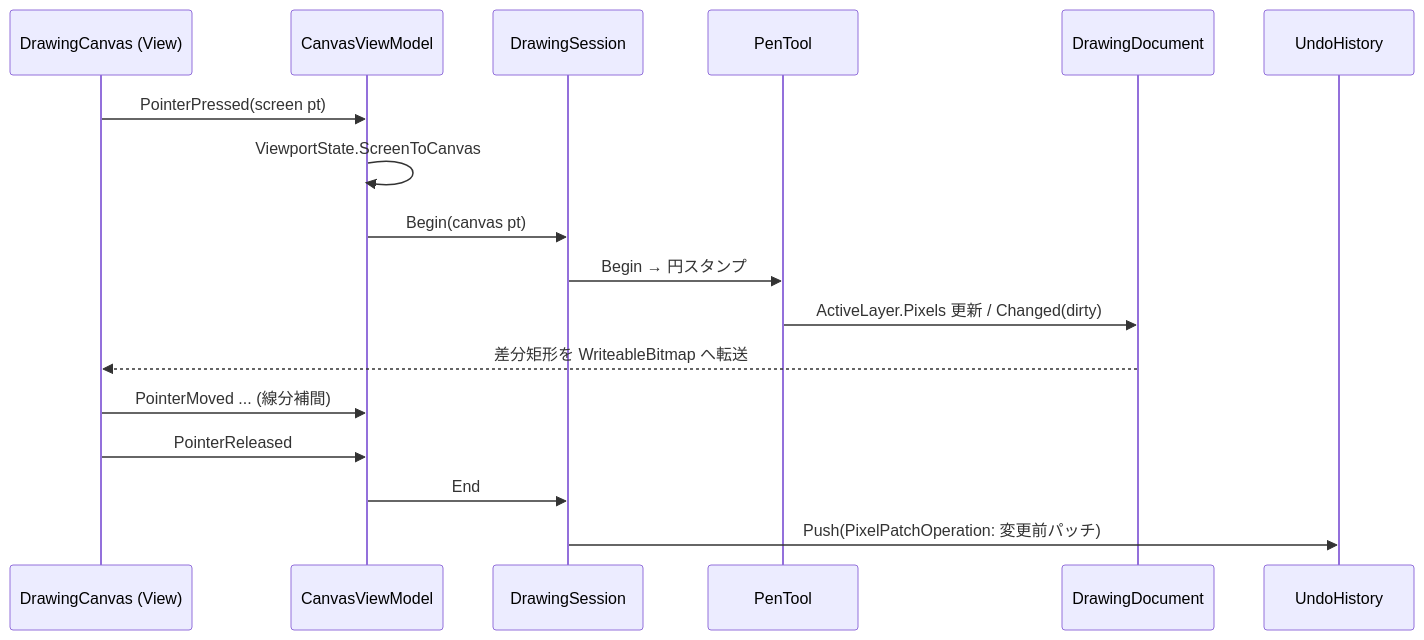
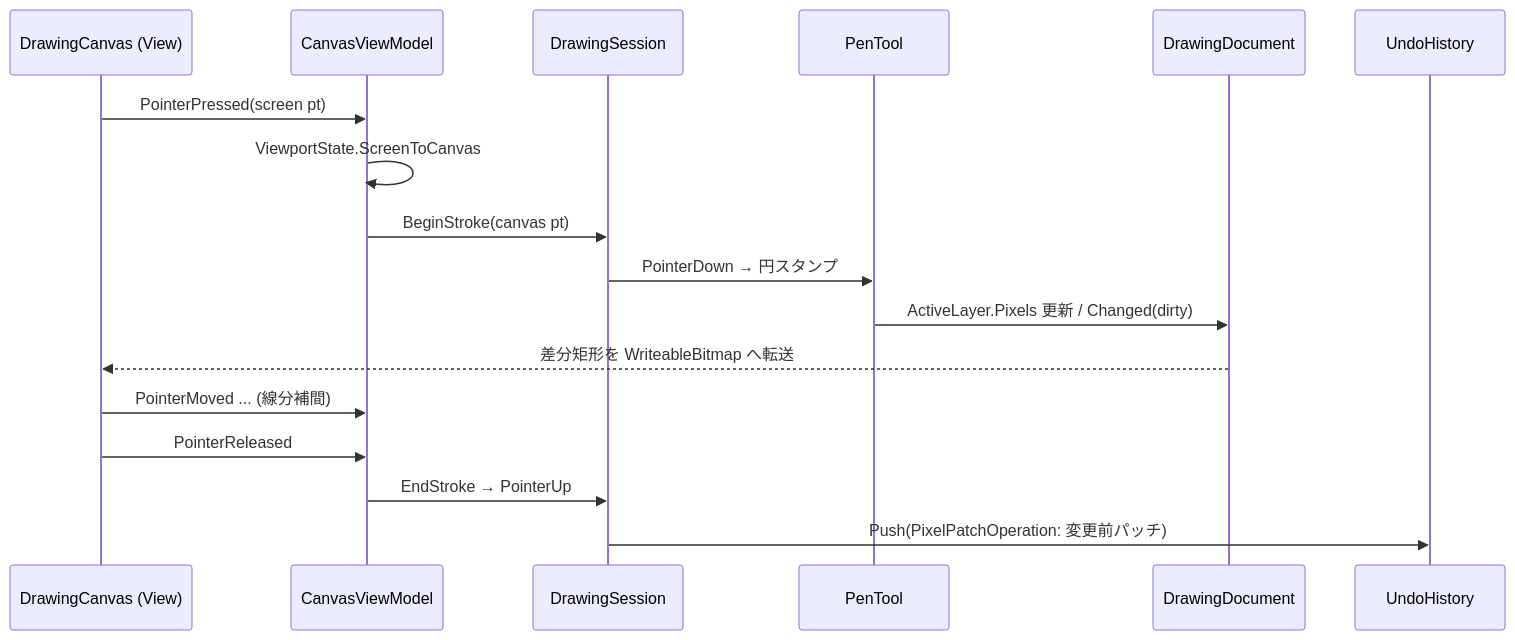
One commit to JetContrail/2026_devin_test_with_windows_GUI changed the third of 4 diagrams in docs/Architecture.md. Above: the diagram before and after it, drawn with Mermaid. The commit also changed other lines of this file and 10 other files, not shown here.

````diff
--- a/docs/Architecture.md
+++ b/docs/Architecture.md
@@ -152,19 +155,19 @@
 ```mermaid
 sequenceDiagram
     participant V as DrawingCanvas (View)
     participant VM as CanvasViewModel
     participant S as DrawingSession
     participant T as PenTool
     participant D as DrawingDocument
     participant H as UndoHistory
     V->>VM: PointerPressed(screen pt)
     VM->>VM: ViewportState.ScreenToCanvas
-    VM->>S: Begin(canvas pt)
-    S->>T: Begin → 円スタンプ
+    VM->>S: BeginStroke(canvas pt)
+    S->>T: PointerDown → 円スタンプ
     T->>D: ActiveLayer.Pixels 更新 / Changed(dirty)
     D-->>V: 差分矩形を WriteableBitmap へ転送
     V->>VM: PointerMoved ... (線分補間)
     V->>VM: PointerReleased
-    VM->>S: End
+    VM->>S: EndStroke → PointerUp
     S->>H: Push(PixelPatchOperation: 変更前パッチ)
 ```
````
